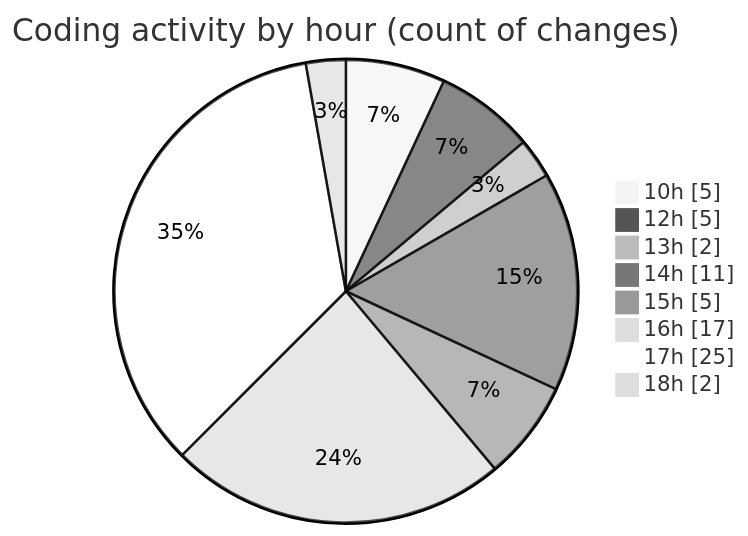
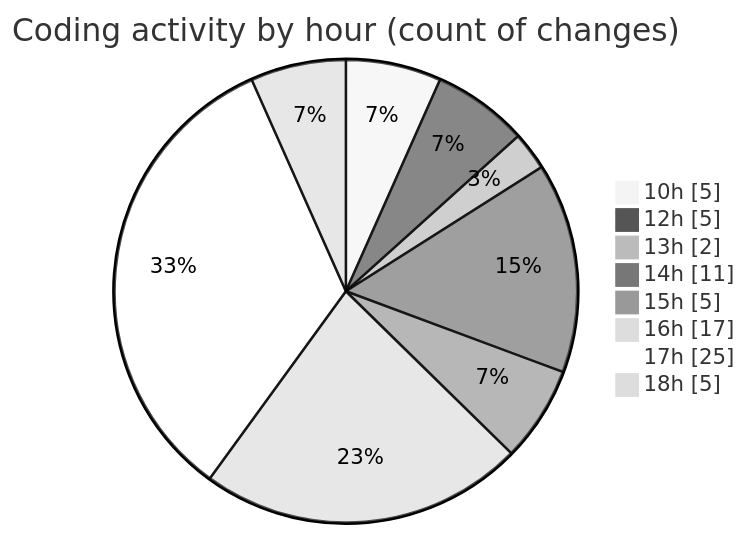
Before and after one commit to Ritupan-Deka/code-tracking: the second of 2 diagrams in 2025-07-07/urlwebwala_intership_work/README.md, drawn with Mermaid (neutral theme). The commit also changed other lines of this file and 1 other file, not shown here.

````diff
--- a/2025-07-07/urlwebwala_intership_work/README.md
+++ b/2025-07-07/urlwebwala_intership_work/README.md
@@ -30,12 +30,12 @@
 ```mermaid
 pie showData
 title Coding activity by hour (count of changes)
 "10h" : 5
 "12h" : 5
 "13h" : 2
 "14h" : 11
 "15h" : 5
 "16h" : 17
 "17h" : 25
-"18h" : 2
+"18h" : 5
 ```
````
